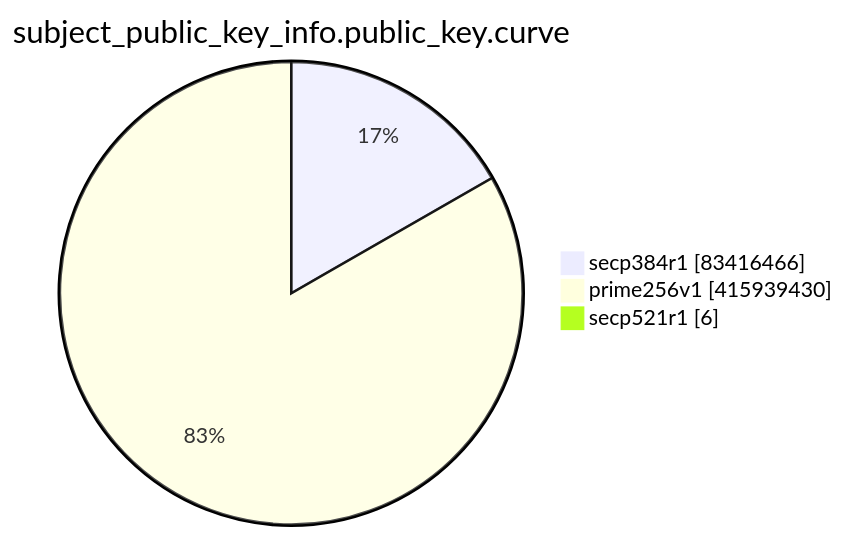
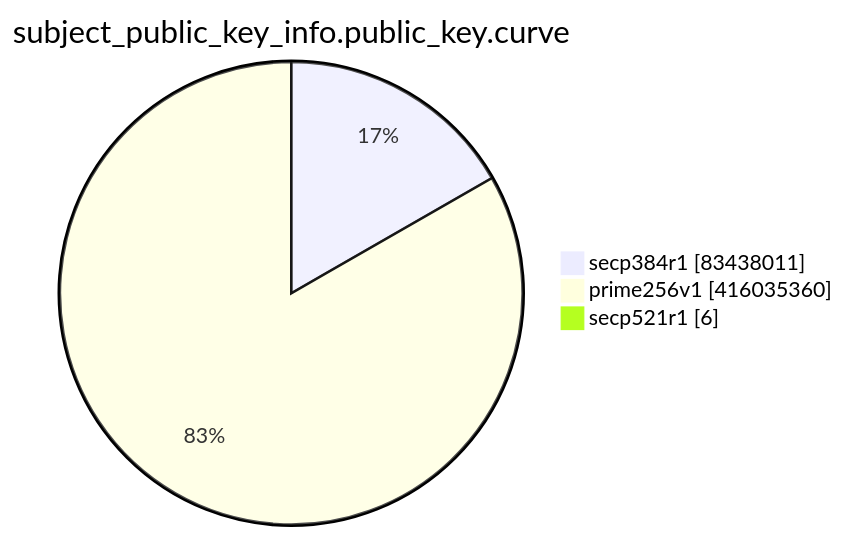
Before and after one commit to christiankrug/ctmonitor_visualization: the eighth of 15 diagrams in TOTAL/README.md, drawn with Mermaid. The commit also changed other lines of this file, not shown here.

````diff
--- a/TOTAL/README.md
+++ b/TOTAL/README.md
@@ -3098,7 +3098,7 @@
 ```mermaid
 pie showData
 title subject_public_key_info.public_key.curve
-"secp384r1" :83416466
-"prime256v1" :415939430
+"secp384r1" :83438011
+"prime256v1" :416035360
 "secp521r1" :6
 ```
````
